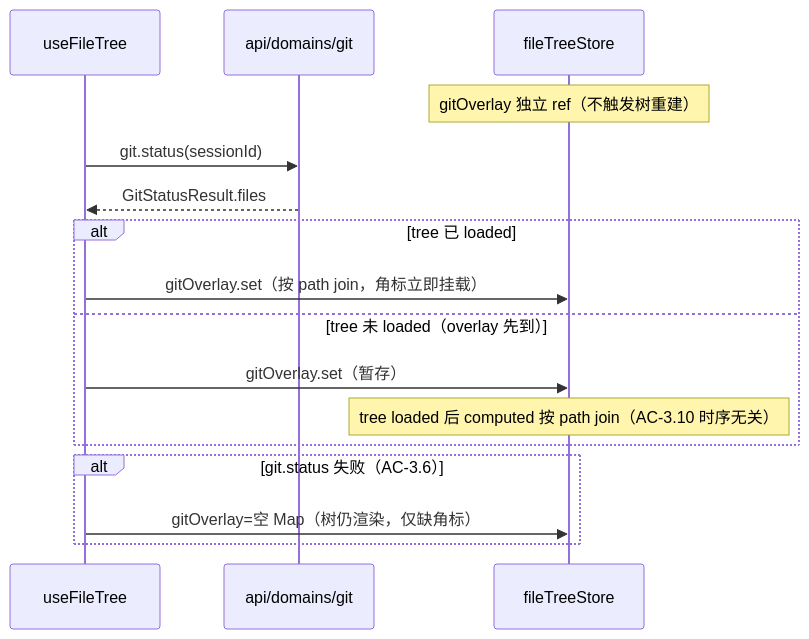
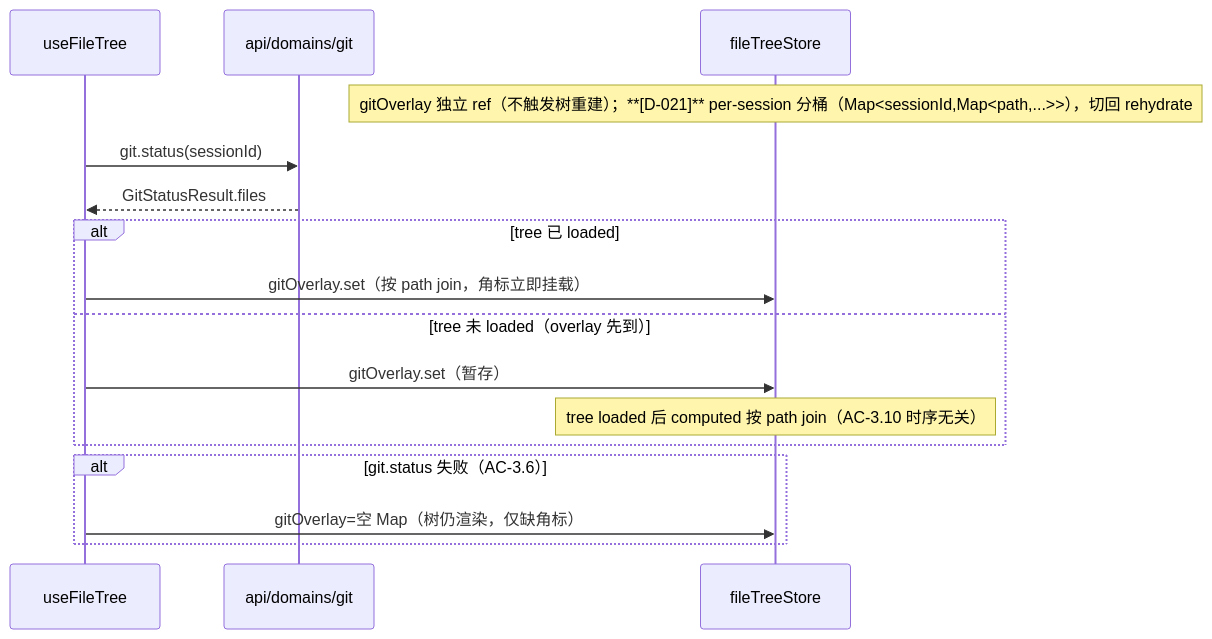
One commit to zhushanwen321/xyz-agent changed the fourth of 6 diagrams in .xyz-harness/2026-06-28-sidebar-project-file-tree/code-architecture.md. Above: the diagram before and after it, drawn with Mermaid. The commit also changed other lines of this file and 3 other files, not shown here.

First line of the commit message:
docs(file-tree): design consistency audit + model relation diagram

````diff
--- a/.xyz-harness/2026-06-28-sidebar-project-file-tree/code-architecture.md
+++ b/.xyz-harness/2026-06-28-sidebar-project-file-tree/code-architecture.md
@@ -387,18 +390,18 @@
 ```mermaid
 sequenceDiagram
     participant UF as useFileTree
     participant APIG as api/domains/git
     participant ST as fileTreeStore
-    Note over ST: gitOverlay 独立 ref（不触发树重建）
+    Note over ST: gitOverlay 独立 ref（不触发树重建）；**[D-021]** per-session 分桶（Map<sessionId,Map<path,...>>），切回 rehydrate
     UF->>APIG: git.status(sessionId)
     APIG-->>UF: GitStatusResult.files
     alt tree 已 loaded
         UF->>ST: gitOverlay.set（按 path join，角标立即挂载）
     else tree 未 loaded（overlay 先到）
         UF->>ST: gitOverlay.set（暂存）
         Note over ST: tree loaded 后 computed 按 path join（AC-3.10 时序无关）
     end
     alt git.status 失败（AC-3.6）
         UF->>ST: gitOverlay=空 Map（树仍渲染，仅缺角标）
     end
 ```
````
